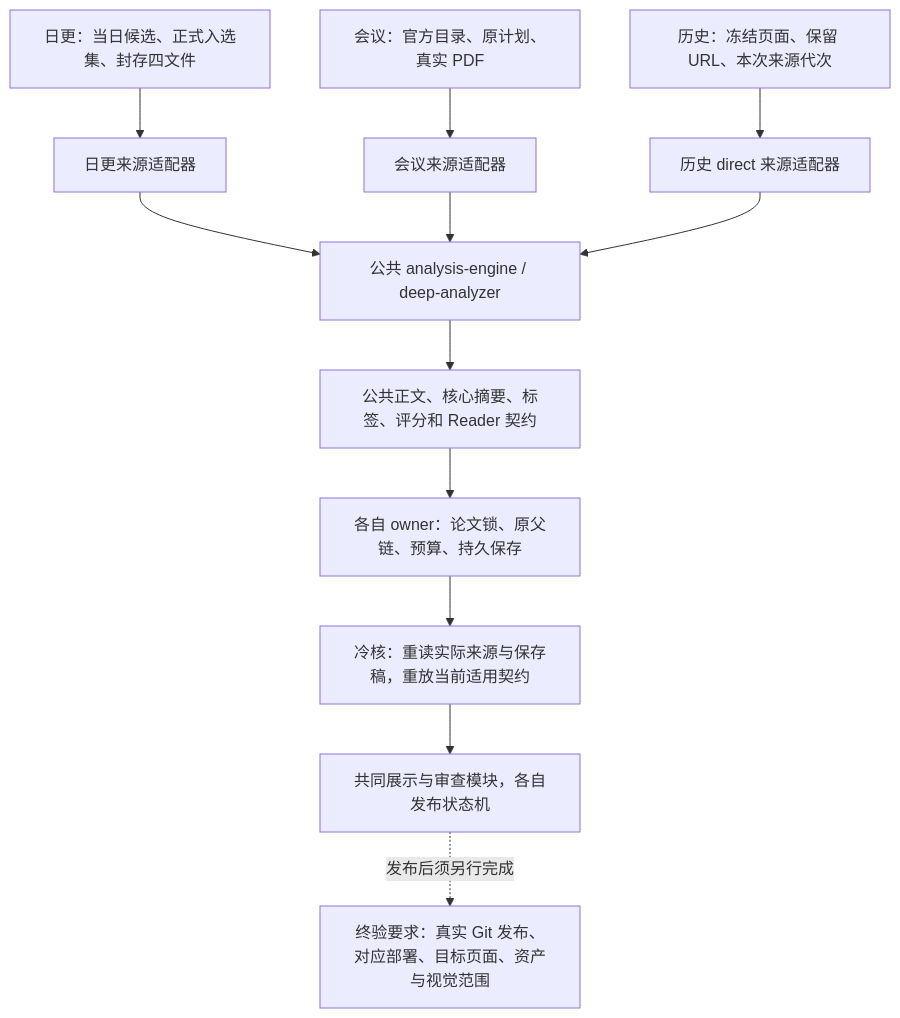
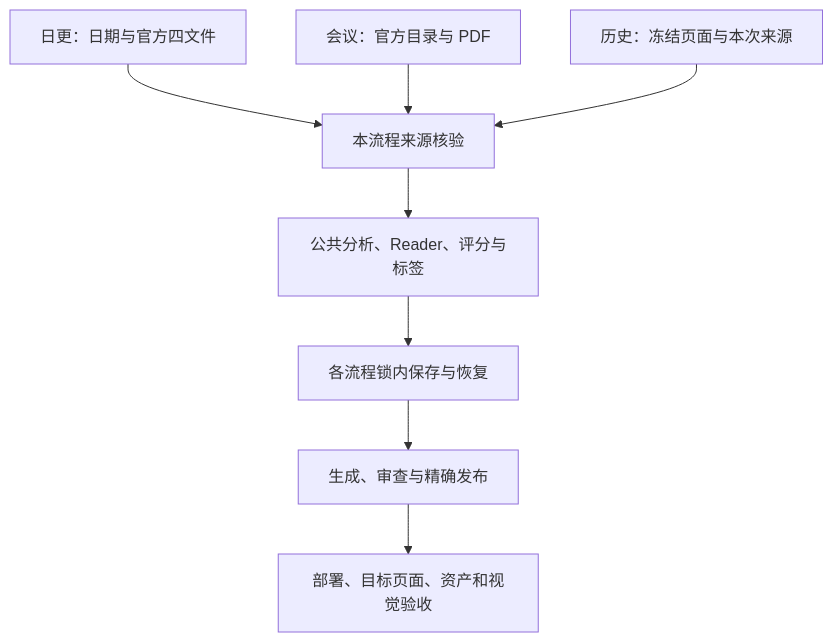
The diagram in docs/workflow-sharing-plan.md (nanless/audio-paper-digest), drawn with Mermaid before and after one commit. The commit also changed other lines of this file and 48 other files, not shown here.

````diff
--- a/docs/workflow-sharing-plan.md
+++ b/docs/workflow-sharing-plan.md
@@ -37,14 +7,10 @@
 ```mermaid
 flowchart TD
-    D[日更：当日候选、正式入选集、封存四文件] --> DA[日更来源适配器]
-    C[会议：官方目录、原计划、真实 PDF] --> CA[会议来源适配器]
-    H[历史：冻结页面、保留 URL、本次来源代次] --> HA[历史 direct 来源适配器]
-    DA --> E[公共 analysis-engine / deep-analyzer]
-    CA --> E
-    HA --> E
-    E --> S[公共正文、核心摘要、标签、评分和 Reader 契约]
-    S --> O[各自 owner：论文锁、原父链、预算、持久保存]
-    O --> R[冷核：重读实际来源与保存稿，重放当前适用契约]
-    R --> P[共同展示与审查模块，各自发布状态机]
-    P -.发布后须另行完成.-> V[终验要求：真实 Git 发布、对应部署、目标页面、资产与视觉范围]
+    D[日更：日期与官方四文件] --> A[本流程来源核验]
+    C[会议：官方目录与 PDF] --> A
+    H[历史：冻结页面与本次来源] --> A
+    A --> E[公共分析、Reader、评分与标签]
+    E --> S[各流程锁内保存与恢复]
+    S --> P[生成、审查与精确发布]
+    P --> V[部署、目标页面、资产和视觉验收]
 ```
````
